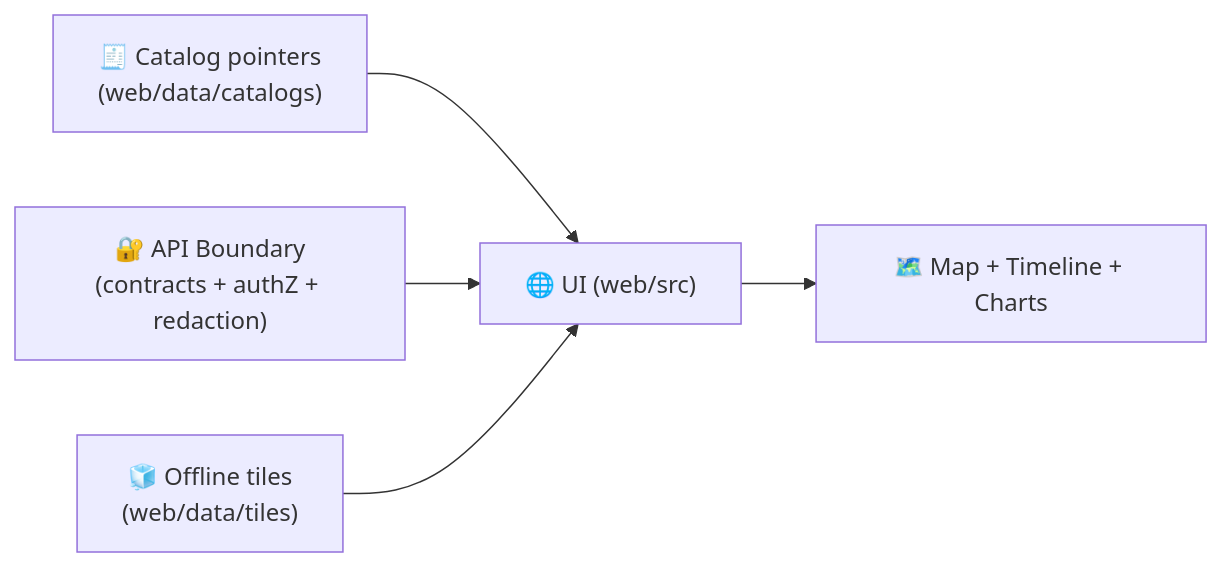
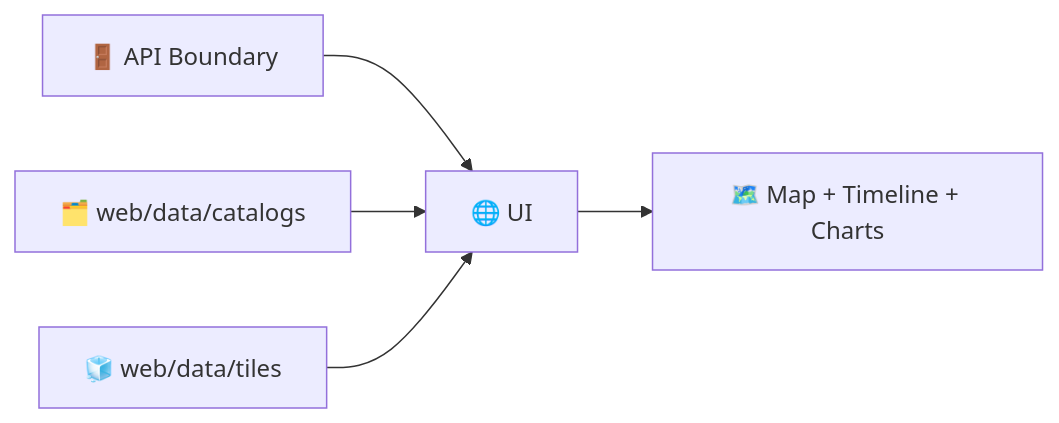
Before and after one commit to bartytime4life/Kansas-Frontier-Matrix: the second of 2 diagrams in web/data/README.md, drawn with Mermaid. The commit also changed other lines of this file, not shown here.

````diff
--- a/web/data/README.md
+++ b/web/data/README.md
@@ -129,7 +168,7 @@
 ```mermaid
 flowchart LR
-  A["🧾 Catalog pointers<br/>(web/data/catalogs)"] --> B["🌐 UI (web/src)"]
-  C["🔐 API Boundary<br/>(contracts + authZ + redaction)"] --> B
-  D["🧊 Offline tiles<br/>(web/data/tiles)"] --> B
-  B --> E["🗺️ Map + Timeline + Charts"]
+  API["🚪 API Boundary"] --> UI["🌐 UI"]
+  CAT["🗂️ web/data/catalogs"] --> UI
+  OFF["🧊 web/data/tiles"] --> UI
+  UI --> MAP["🗺️ Map + Timeline + Charts"]
 ```
````
